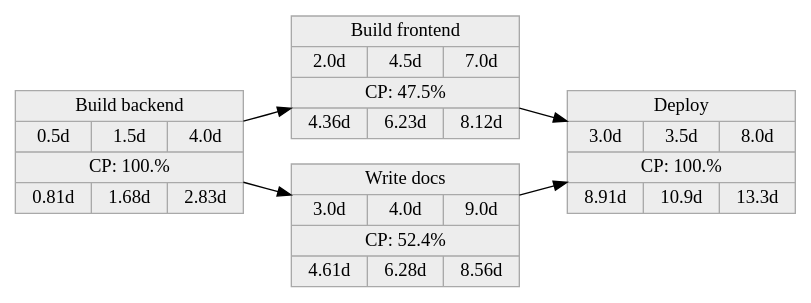
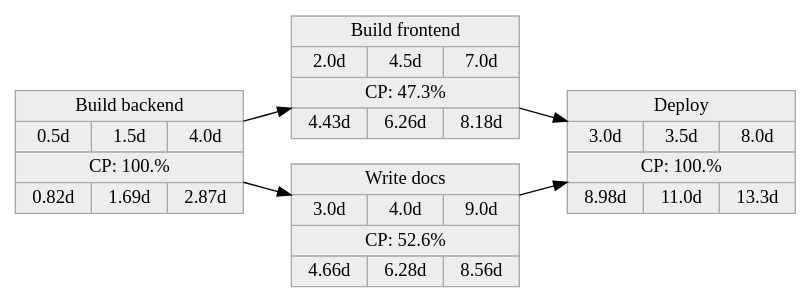
The diagram in example/project.dot (j-mueller/ernie), drawn with Graphviz before and after one commit. The commit also changed 4 other files, not shown here.

```diff
--- a/example/project.dot
+++ b/example/project.dot
@@ -1,14 +1,14 @@
 digraph 
 {
 node [shape=Mrecord]
 rankdir=LR
   node [color="darkgray" fillcolor="grey93" style="filled" height=".1" shape="record"]
-  "TaskID 0" [label="Build backend|{0.5d|1.5d|4.0d}|CP: 100.%|{0.81d |1.68d | 2.83d }"]
-  "TaskID 1" [label="Build frontend|{2.0d|4.5d|7.0d}|CP: 47.5%|{4.36d |6.23d | 8.12d }"]
-  "TaskID 2" [label="Write docs|{3.0d|4.0d|9.0d}|CP: 52.4%|{4.61d |6.28d | 8.56d }"]
-  "TaskID 3" [label="Deploy|{3.0d|3.5d|8.0d}|CP: 100.%|{8.91d |10.9d | 13.3d }"]
+  "TaskID 0" [label="Build backend|{0.5d|1.5d|4.0d}|CP: 100.%|{0.82d |1.69d | 2.87d }"]
+  "TaskID 1" [label="Build frontend|{2.0d|4.5d|7.0d}|CP: 47.3%|{4.43d |6.26d | 8.18d }"]
+  "TaskID 2" [label="Write docs|{3.0d|4.0d|9.0d}|CP: 52.6%|{4.66d |6.28d | 8.56d }"]
+  "TaskID 3" [label="Deploy|{3.0d|3.5d|8.0d}|CP: 100.%|{8.98d |11.0d | 13.3d }"]
   "TaskID 0" -> "TaskID 1"
   "TaskID 0" -> "TaskID 2"
   "TaskID 1" -> "TaskID 3"
   "TaskID 2" -> "TaskID 3"
 }
```
